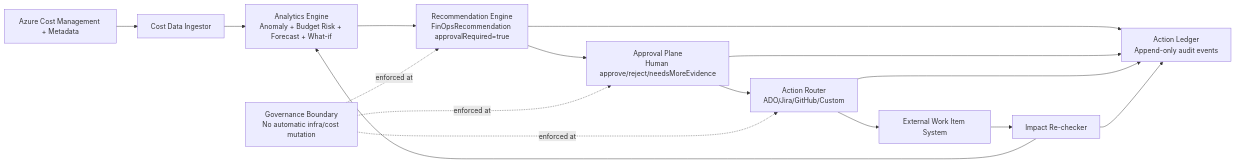
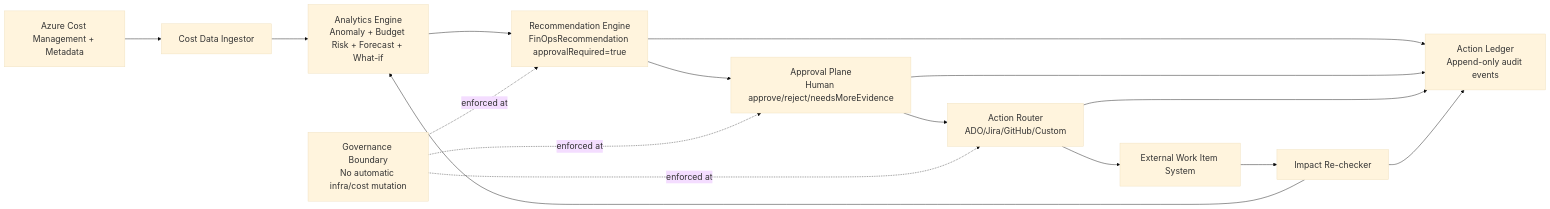
One commit to sethiramicrosoft/azure-copilot-finops-starter changed the diagram in README.md. Above: the diagram before and after it, drawn with Mermaid.

Commit message:
Increase README architecture diagram readability

````diff
--- a/README.md
+++ b/README.md
@@ -139,22 +139,23 @@
 ```mermaid
+%%{init: {'theme':'base','themeVariables':{'fontSize':'20px'},'flowchart':{'nodeSpacing':65,'rankSpacing':85,'padding':20,'useMaxWidth':true}} }%%
 flowchart LR
     A[Azure Cost Management + Metadata] --> B[Cost Data Ingestor]
-    B --> C[Analytics Engine\nAnomaly + Budget Risk + Forecast + What-if]
-    C --> D[Recommendation Engine\nFinOpsRecommendation approvalRequired=true]
+    B --> C[Analytics Engine<br/>Anomaly + Budget Risk + Forecast + What-if]
+    C --> D[Recommendation Engine<br/>FinOpsRecommendation approvalRequired=true]
 
-    D --> E[Approval Plane\nHuman approve/reject/needsMoreEvidence]
-    E --> F[Action Router\nADO/Jira/GitHub/Custom]
+    D --> E[Approval Plane<br/>Human approve/reject/needsMoreEvidence]
+    E --> F[Action Router<br/>ADO/Jira/GitHub/Custom]
     F --> G[External Work Item System]
 
-    D --> H[Action Ledger\nAppend-only audit events]
+    D --> H[Action Ledger<br/>Append-only audit events]
     E --> H
     F --> H
 
     G --> I[Impact Re-checker]
     I --> C
     I --> H
 
-    J[Governance Boundary\nNo automatic infra/cost mutation] -.enforced at.-> D
+    J[Governance Boundary<br/>No automatic infra/cost mutation] -.enforced at.-> D
     J -.enforced at.-> E
     J -.enforced at.-> F
 ```
````
